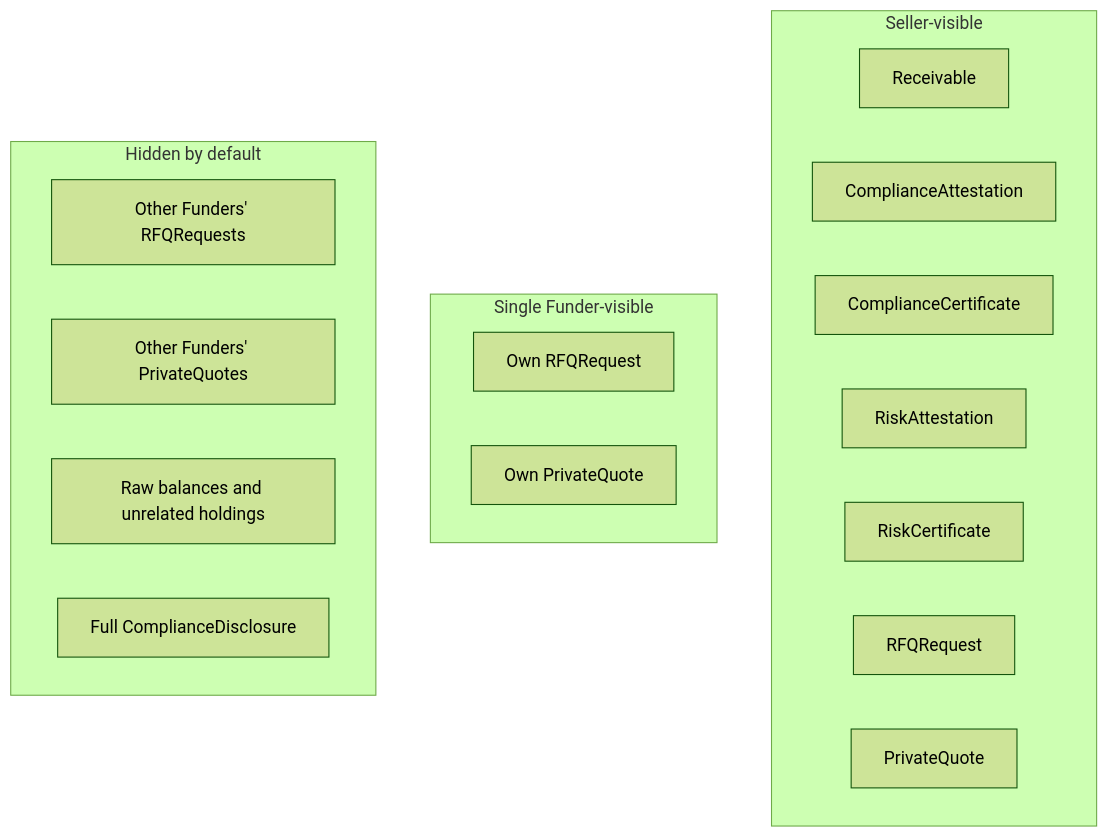
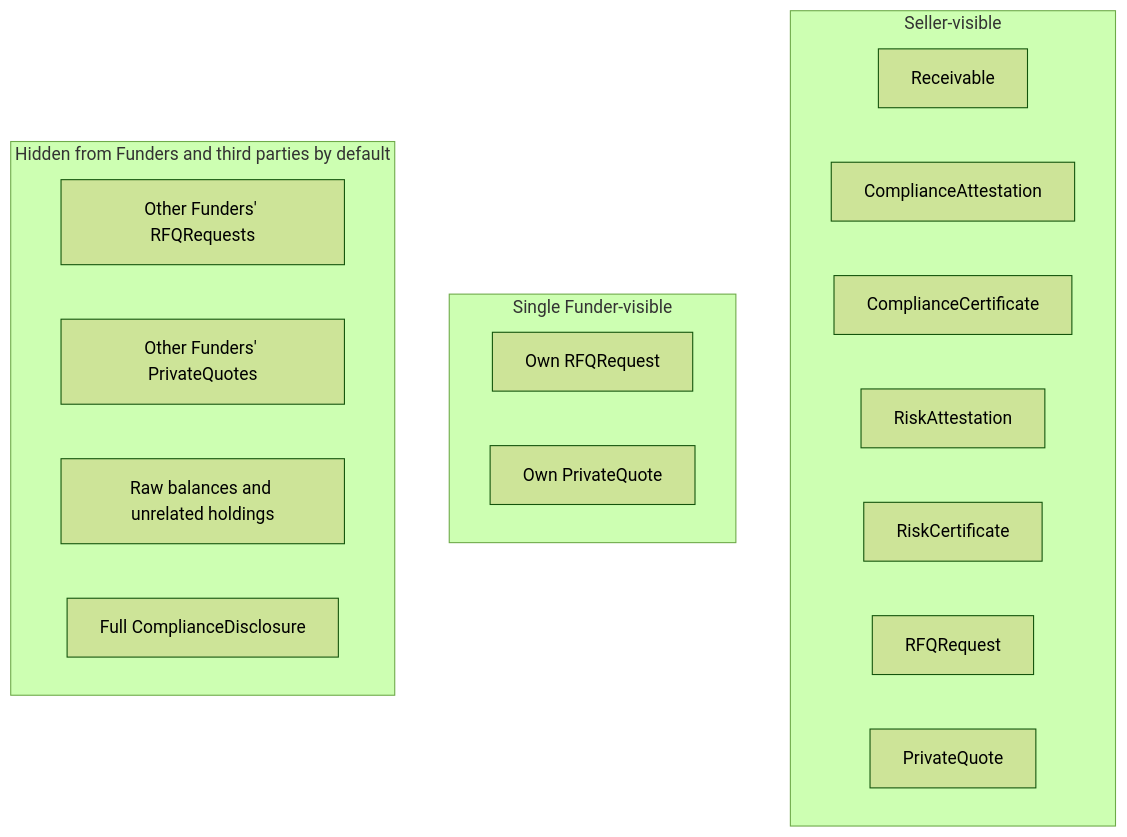
One commit to no-witness-labs/canton-hackathon-cloakRFQ changed the seventh of 8 diagrams in docs/technical-design/004-workflow-diagrams.md. Above: the diagram before and after it, drawn with Mermaid (forest theme). The commit also changed other lines of this file, not shown here.

Commit message:
docs: clarify phase 2 workflow diagrams

````diff
--- a/docs/technical-design/004-workflow-diagrams.md
+++ b/docs/technical-design/004-workflow-diagrams.md
@@ -143,24 +143,24 @@
 ```mermaid
 flowchart TD
     subgraph SellerVisible["Seller-visible"]
       R["Receivable"]
       CA["ComplianceAttestation"]
       CC["ComplianceCertificate"]
       RA["RiskAttestation"]
       RC["RiskCertificate"]
       RFQ_S["RFQRequest"]
       PQ["PrivateQuote"]
     end
 
     subgraph FunderVisible["Single Funder-visible"]
       RFQ_F["Own RFQRequest"]
       PQ_F["Own PrivateQuote"]
     end
 
-    subgraph Hidden["Hidden by default"]
+    subgraph Hidden["Hidden from Funders and third parties by default"]
       OtherRFQ["Other Funders' RFQRequests"]
       OtherPQ["Other Funders' PrivateQuotes"]
       RawBalances["Raw balances and unrelated holdings"]
       ComplianceDisclosure["Full ComplianceDisclosure"]
     end
 ```
````
